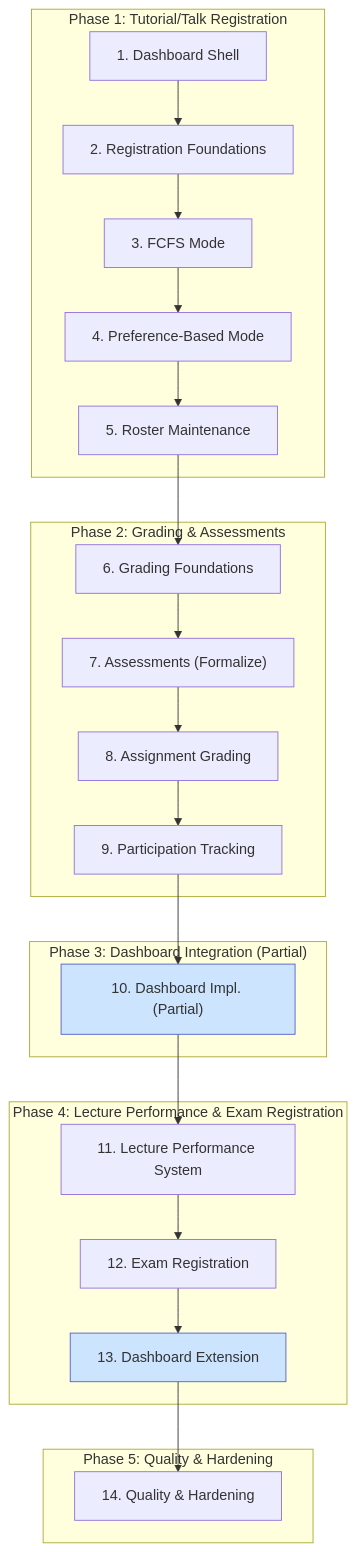
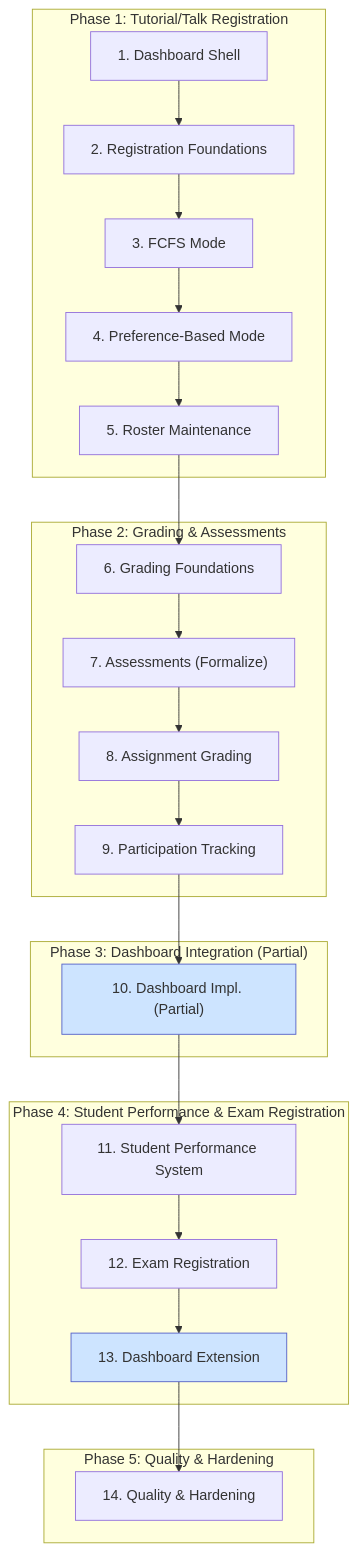
Before and after one commit to MaMpf-HD/mampf: the diagram in architecture/src/features/plan.md, drawn with Mermaid. The commit also changed other lines of this file and 16 other files, not shown here.

Commit message:
Replace "Lecture Performance" with "Student Performance"

````diff
--- a/architecture/src/features/plan.md
+++ b/architecture/src/features/plan.md
@@ -18,33 +18,33 @@
 ```mermaid
 graph TD
     subgraph "Phase 1: Tutorial/Talk Registration"
         S1["1. Dashboard Shell"] --> S2["2. Registration Foundations"];
         S2 --> S3["3. FCFS Mode"];
         S3 --> S4["4. Preference-Based Mode"];
         S4 --> S5["5. Roster Maintenance"];
     end
 
     subgraph "Phase 2: Grading & Assessments"
         S5 --> S6["6. Grading Foundations"];
         S6 --> S7["7. Assessments (Formalize)"];
         S7 --> S8["8. Assignment Grading"];
         S8 --> S9["9. Participation Tracking"];
     end
 
     subgraph "Phase 3: Dashboard Integration (Partial)"
         S9 --> S10["10. Dashboard Impl. (Partial)"];
     end
 
-    subgraph "Phase 4: Lecture Performance & Exam Registration"
-        S10 --> S11["11. Lecture Performance System"];
+    subgraph "Phase 4: Student Performance & Exam Registration"
+        S10 --> S11["11. Student Performance System"];
         S11 --> S12["12. Exam Registration"];
         S12 --> S13["13. Dashboard Extension"];
     end
 
     subgraph "Phase 5: Quality & Hardening"
         S13 --> S14["14. Quality & Hardening"];
     end
 
     style S10 fill:#cde4ff,stroke:#5461c8
     style S13 fill:#cde4ff,stroke:#5461c8
 ```
````
